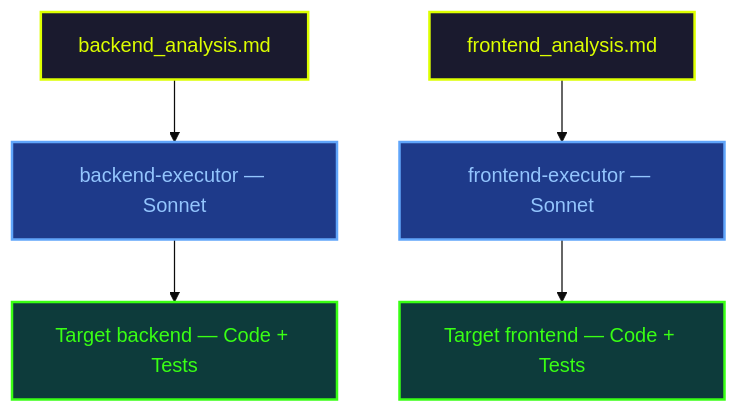
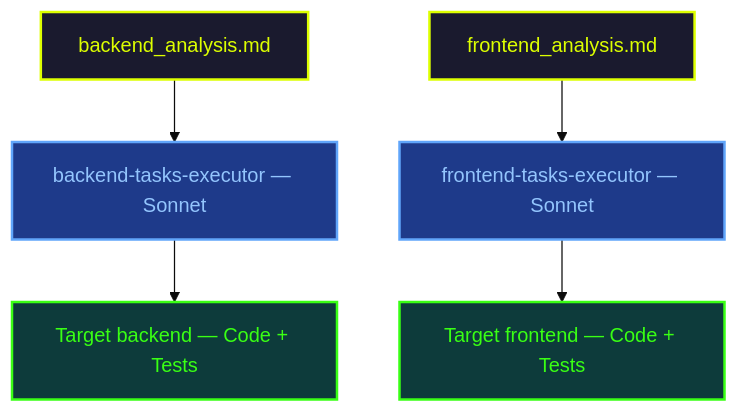
Diagram 11 of 15 in docs/en/guide/methodology.md (fondative/claude-code-ecosystem), drawn with Mermaid (base theme) before and after one commit. The commit also changed other lines of this file and 260 other files, not shown here.

````diff
--- a/docs/en/guide/methodology.md
+++ b/docs/en/guide/methodology.md
@@ -459,22 +487,22 @@
 ```mermaid
 graph TB
     BA["backend_analysis.md"]
     FA["frontend_analysis.md"]
-    BE["backend-executor — Sonnet"]
-    FE["frontend-executor — Sonnet"]
+    BE["backend-tasks-executor — Sonnet"]
+    FE["frontend-tasks-executor — Sonnet"]
     SYM["Target backend — Code + Tests"]
     FRONT["Target frontend — Code + Tests"]
 
     BA --> BE
     FA --> FE
     BE --> SYM
     FE --> FRONT
 
     classDef input fill:#1a1a2e,stroke:#ddff00,stroke-width:2px,color:#ddff00
     classDef sonnet fill:#1e3a8a,stroke:#60a5fa,stroke-width:2px,color:#93c5fd
     classDef output fill:#0d3b3b,stroke:#39ff14,stroke-width:2px,color:#39ff14
 
     class BA,FA input
     class BE,FE sonnet
     class SYM,FRONT output
 ```
````
